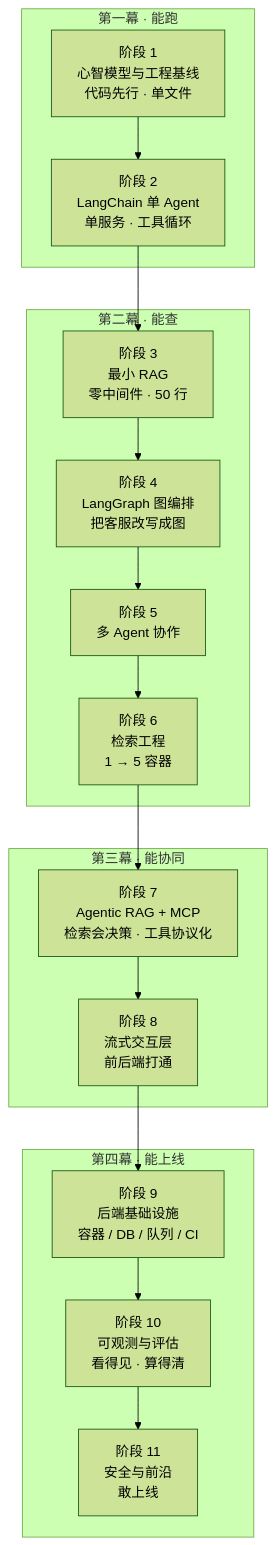
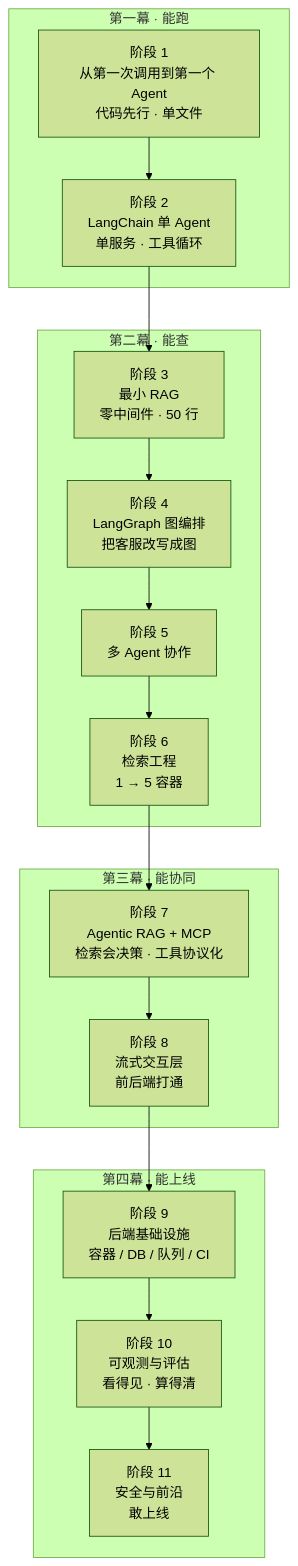
The diagram in src/artificial-intelligence/agent/full-stack/readme.md (belos-street/kb-vault), drawn with Mermaid (forest theme) before and after one commit. The commit also changed other lines of this file, not shown here.

````diff
--- a/src/artificial-intelligence/agent/full-stack/readme.md
+++ b/src/artificial-intelligence/agent/full-stack/readme.md
@@ -61,24 +61,24 @@
 ```mermaid
 flowchart TB
     subgraph ACT1["第一幕 · 能跑"]
-        S1["阶段 1<br/>心智模型与工程基线<br/>代码先行 · 单文件"] --> S2["阶段 2<br/>LangChain 单 Agent<br/>单服务 · 工具循环"]
+        S1["阶段 1<br/>从第一次调用到第一个 Agent<br/>代码先行 · 单文件"] --> S2["阶段 2<br/>LangChain 单 Agent<br/>单服务 · 工具循环"]
     end
 
     subgraph ACT2["第二幕 · 能查"]
         S2 --> S3["阶段 3<br/>最小 RAG<br/>零中间件 · 50 行"]
         S3 --> S4["阶段 4<br/>LangGraph 图编排<br/>把客服改写成图"]
         S4 --> S5["阶段 5<br/>多 Agent 协作"]
         S5 --> S6["阶段 6<br/>检索工程<br/>1 → 5 容器"]
     end
 
     subgraph ACT3["第三幕 · 能协同"]
         S6 --> S7["阶段 7<br/>Agentic RAG + MCP<br/>检索会决策 · 工具协议化"]
         S7 --> S8["阶段 8<br/>流式交互层<br/>前后端打通"]
     end
 
     subgraph ACT4["第四幕 · 能上线"]
         S8 --> S9["阶段 9<br/>后端基础设施<br/>容器 / DB / 队列 / CI"]
         S9 --> S10["阶段 10<br/>可观测与评估<br/>看得见 · 算得清"]
         S10 --> S11["阶段 11<br/>安全与前沿<br/>敢上线"]
     end
 ```
````
